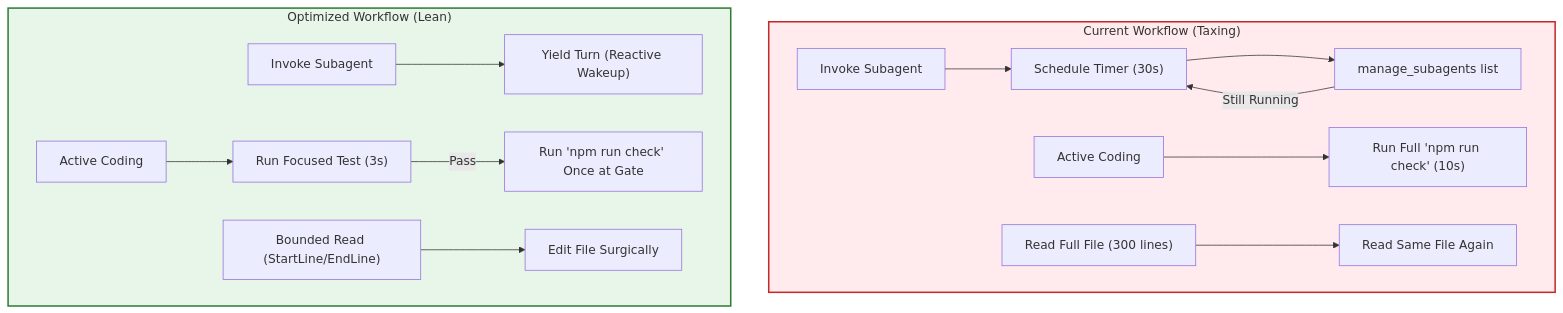
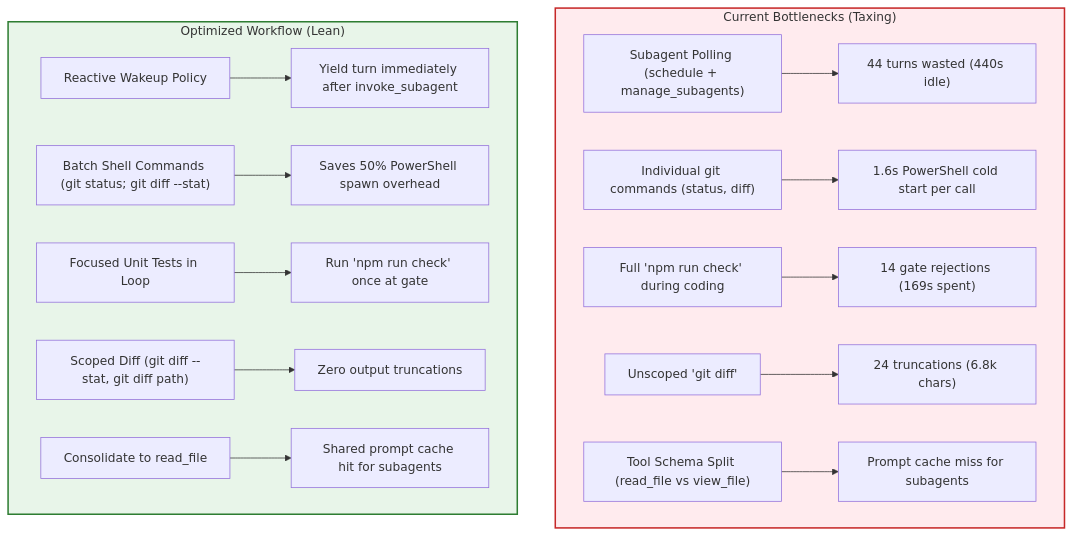
Before and after one commit to PanthaProtick/middle_man: the third of 3 diagrams in docs/tool-call-analysis-and-environment-optimization.md, drawn with Mermaid. The commit also changed other lines of this file and 5 other files, not shown here.

````diff
--- a/docs/tool-call-analysis-and-environment-optimization.md
+++ b/docs/tool-call-analysis-and-environment-optimization.md
@@ -242,20 +227,21 @@
 ```mermaid
 flowchart TD
-    subgraph Current ["Current Workflow (Taxing)"]
-        C1["Invoke Subagent"] --> C2["Schedule Timer (30s)"]
-        C2 --> C3["manage_subagents list"]
-        C3 -->|Still Running| C2
-        C4["Active Coding"] --> C5["Run Full 'npm run check' (10s)"]
-        C6["Read Full File (300 lines)"] --> C7["Read Same File Again"]
+    subgraph Current ["Current Bottlenecks (Taxing)"]
+        C1["Subagent Polling (schedule + manage_subagents)"] --> C2["44 turns wasted (440s idle)"]
+        C3["Individual git commands (status, diff)"] --> C4["1.6s PowerShell cold start per call"]
+        C5["Full 'npm run check' during coding"] --> C6["14 gate rejections (169s spent)"]
+        C7["Unscoped 'git diff'"] --> C8["24 truncations (6.8k chars)"]
+        C9["Tool Schema Split (read_file vs view_file)"] --> C10["Prompt cache miss for subagents"]
     end
 
     subgraph Optimized ["Optimized Workflow (Lean)"]
-        O1["Invoke Subagent"] --> O2["Yield Turn (Reactive Wakeup)"]
-        O3["Active Coding"] --> O4["Run Focused Test (3s)"]
-        O4 -->|Pass| O5["Run 'npm run check' Once at Gate"]
-        O6["Bounded Read (StartLine/EndLine)"] --> O7["Edit File Surgically"]
+        O1["Reactive Wakeup Policy"] --> O2["Yield turn immediately after invoke_subagent"]
+        O3["Batch Shell Commands (git status; git diff --stat)"] --> O4["Saves 50% PowerShell spawn overhead"]
+        O5["Focused Unit Tests in Loop"] --> O6["Run 'npm run check' once at gate"]
+        O7["Scoped Diff (git diff --stat, git diff path)"] --> O8["Zero output truncations"]
+        O9["Consolidate to read_file"] --> O10["Shared prompt cache hit for subagents"]
     end
 
     style Current fill:#ffebee,stroke:#c62828,stroke-width:2px
     style Optimized fill:#e8f5e9,stroke:#2e7d32,stroke-width:2px
 ```
````
